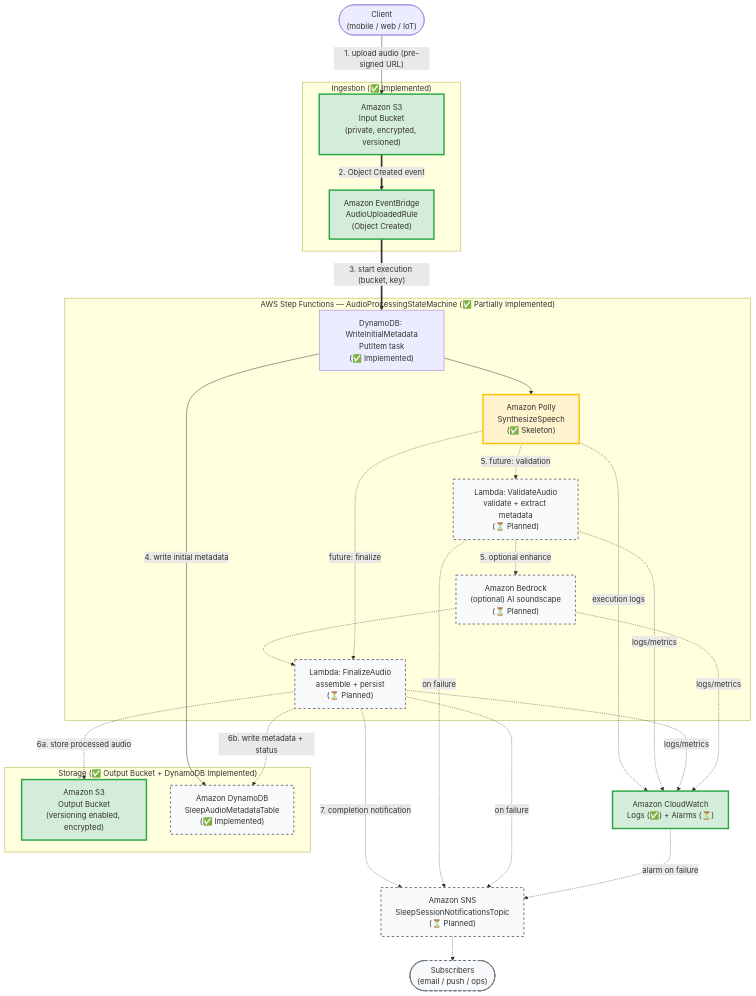
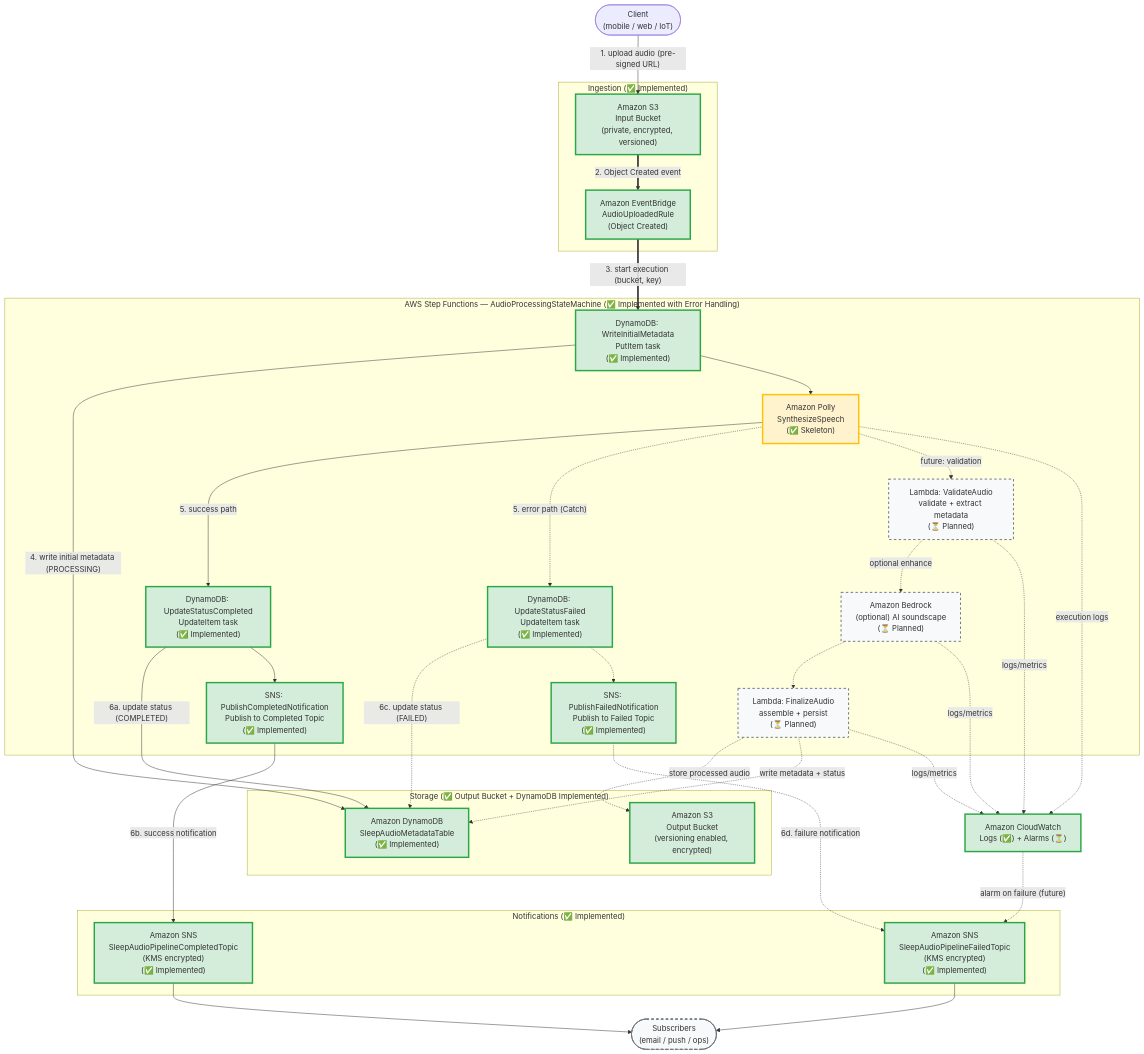
The diagram in ARCHITECTURE.md (obstreperous-ai/cdk-sleep-go-copilot), drawn with Mermaid before and after one commit. The commit also changed other lines of this file, not shown here.

First line of the commit message:
docs: update ARCHITECTURE.md for Issue #6 - SNS notifications and error handling

````diff
--- a/ARCHITECTURE.md
+++ b/ARCHITECTURE.md
@@ -259,56 +344,73 @@
 ```mermaid
 flowchart TD
     Client(["Client<br/>(mobile / web / IoT)"])
 
     subgraph Ingestion ["Ingestion (✅ Implemented)"]
         S3In["Amazon S3<br/>Input Bucket<br/>(private, encrypted, versioned)"]
         EB["Amazon EventBridge<br/>AudioUploadedRule<br/>(Object Created)"]
     end
 
-    subgraph Processing["AWS Step Functions — AudioProcessingStateMachine (✅ Partially Implemented)"]
+    subgraph Processing["AWS Step Functions — AudioProcessingStateMachine (✅ Implemented with Error Handling)"]
         WriteMeta["DynamoDB: WriteInitialMetadata<br/>PutItem task<br/>(✅ Implemented)"]
+        Polly["Amazon Polly<br/>SynthesizeSpeech<br/>(✅ Skeleton)"]
+        UpdateSuccess["DynamoDB: UpdateStatusCompleted<br/>UpdateItem task<br/>(✅ Implemented)"]
+        PublishSuccess["SNS: PublishCompletedNotification<br/>Publish to Completed Topic<br/>(✅ Implemented)"]
+        UpdateFailed["DynamoDB: UpdateStatusFailed<br/>UpdateItem task<br/>(✅ Implemented)"]
+        PublishFailed["SNS: PublishFailedNotification<br/>Publish to Failed Topic<br/>(✅ Implemented)"]
         Validate["Lambda: ValidateAudio<br/>validate + extract metadata<br/>(⏳ Planned)"]
-        Polly["Amazon Polly<br/>SynthesizeSpeech<br/>(✅ Skeleton)"]
         Bedrock["Amazon Bedrock<br/>(optional) AI soundscape<br/>(⏳ Planned)"]
         Finalize["Lambda: FinalizeAudio<br/>assemble + persist<br/>(⏳ Planned)"]
     end
 
     subgraph Storage ["Storage (✅ Output Bucket + DynamoDB Implemented)"]
         S3Out["Amazon S3<br/>Output Bucket<br/>(versioning enabled, encrypted)"]
         DDB["Amazon DynamoDB<br/>SleepAudioMetadataTable<br/>(✅ Implemented)"]
     end
 
-    SNS["Amazon SNS<br/>SleepSessionNotificationsTopic<br/>(⏳ Planned)"]
+    subgraph Notifications ["Notifications (✅ Implemented)"]
+        SNSComplete["Amazon SNS<br/>SleepAudioPipelineCompletedTopic<br/>(KMS encrypted)<br/>(✅ Implemented)"]
+        SNSFailed["Amazon SNS<br/>SleepAudioPipelineFailedTopic<br/>(KMS encrypted)<br/>(✅ Implemented)"]
+    end
+
     CW["Amazon CloudWatch<br/>Logs (✅) + Alarms (⏳)"]
     Subs(["Subscribers<br/>(email / push / ops)"])
 
     Client -- "1. upload audio (pre-signed URL)" --> S3In
     S3In == "2. Object Created event" ==> EB
     EB == "3. start execution (bucket, key)" ==> WriteMeta
-    WriteMeta -- "4. write initial metadata" --> DDB
+    WriteMeta -- "4. write initial metadata (PROCESSING)" --> DDB
     WriteMeta --> Polly
-    Polly -. "5. future: validation" .-> Validate
-    Validate -. "5. optional enhance" .-> Bedrock
+    
+    Polly -- "5. success path" --> UpdateSuccess
+    UpdateSuccess -- "6a. update status (COMPLETED)" --> DDB
+    UpdateSuccess --> PublishSuccess
+    PublishSuccess -- "6b. success notification" --> SNSComplete
+    
+    Polly -. "5. error path (Catch)" .-> UpdateFailed
+    UpdateFailed -. "6c. update status (FAILED)" .-> DDB
+    UpdateFailed -.-> PublishFailed
+    PublishFailed -. "6d. failure notification" .-> SNSFailed
+    
+    Polly -. "future: validation" .-> Validate
+    Validate -. "optional enhance" .-> Bedrock
     Bedrock -.-> Finalize
-    Polly -. "future: finalize" .-> Finalize
-    Finalize -. "6a. store processed audio" .-> S3Out
-    Finalize -. "6b. write metadata + status" .-> DDB
-    Finalize -. "7. completion notification" .-> SNS
-    Validate -. "on failure" .-> SNS
-    Finalize -. "on failure" .-> SNS
-    SNS -.-> Subs
+    Finalize -. "store processed audio" .-> S3Out
+    Finalize -. "write metadata + status" .-> DDB
+    
+    SNSComplete --> Subs
+    SNSFailed --> Subs
 
     Polly -. "execution logs" .-> CW
     Validate -. "logs/metrics" .-> CW
     Finalize -. "logs/metrics" .-> CW
     Bedrock -. "logs/metrics" .-> CW
-    CW -. "alarm on failure" .-> SNS
+    CW -. "alarm on failure (future)" .-> SNSFailed
     
     classDef implemented fill:#d4edda,stroke:#28a745,stroke-width:3px;
     classDef skeleton fill:#fff3cd,stroke:#ffc107,stroke-width:3px;
     classDef planned fill:#f8f9fa,stroke:#6c757d,stroke-width:2px,stroke-dasharray: 5 5;
     
-    class S3In,EB,S3Out,CW implemented;
+    class S3In,EB,S3Out,CW,WriteMeta,UpdateSuccess,PublishSuccess,UpdateFailed,PublishFailed,SNSComplete,SNSFailed,DDB implemented;
     class Polly skeleton;
-    class Validate,Bedrock,Finalize,DDB,SNS,Subs planned;
+    class Validate,Bedrock,Finalize,Subs planned;
 ```
````
